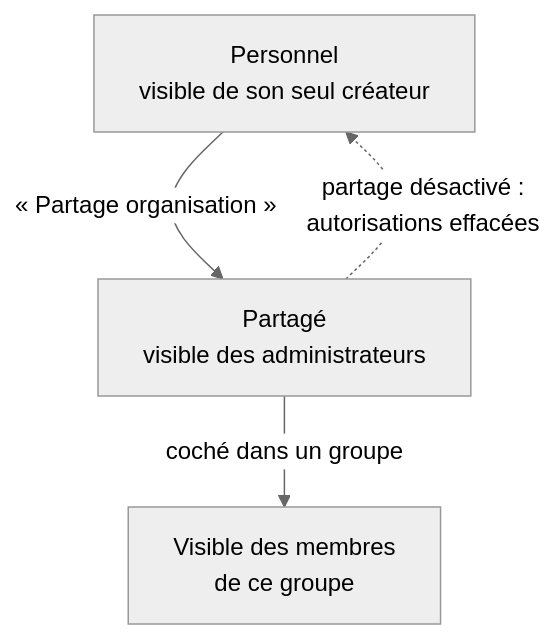
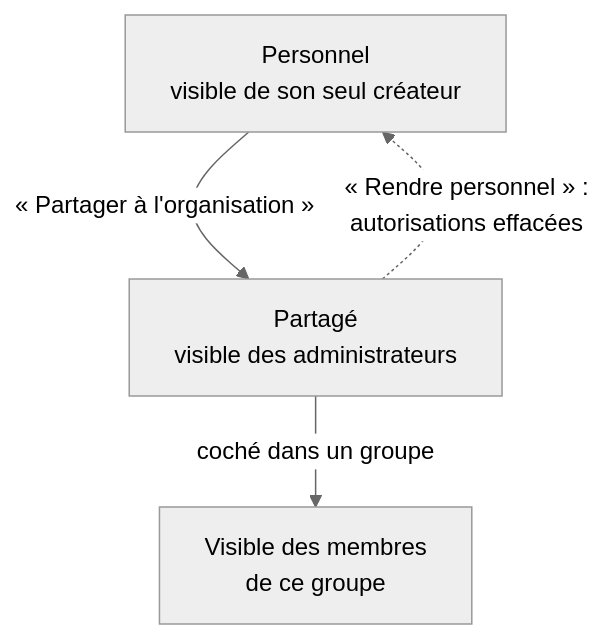
One commit to MyAlfred-ai/mia changed the diagram in docs/user/admin/assistants/index.md. Above: the diagram before and after it, drawn with Mermaid (neutral theme). The commit also changed other lines of this file and 754 other files, not shown here.

````diff
--- a/docs/user/admin/assistants/index.md
+++ b/docs/user/admin/assistants/index.md
@@ -27,8 +27,8 @@
 ```mermaid
 flowchart TB
   accTitle: La vie d'un assistant, de personnel à distribué
-  accDescr: Tout assistant naît personnel, visible de son seul créateur. L'interrupteur Partage organisation le rend partagé, visible des administrateurs. Le cocher dans un groupe le rend visible des membres de ce groupe. Désactiver le partage le rend personnel à nouveau et efface ses autorisations de groupe.
-  P["Personnel<br>visible de son seul créateur"] -- "« Partage organisation »" --> S["Partagé<br>visible des administrateurs"]
+  accDescr: Tout assistant naît personnel, visible de son seul créateur. Partager à l'organisation le rend partagé, visible des administrateurs. Le cocher dans un groupe le rend visible des membres de ce groupe. Rendre personnel le ramène à son créateur et efface ses autorisations de groupe.
+  P["Personnel<br>visible de son seul créateur"] -- "« Partager à l'organisation »" --> S["Partagé<br>visible des administrateurs"]
   S -- "coché dans un groupe" --> G["Visible des membres<br>de ce groupe"]
-  S -. "partage désactivé :<br>autorisations effacées" .-> P
+  S -. "« Rendre personnel » :<br>autorisations effacées" .-> P
 ```
````
